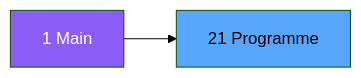
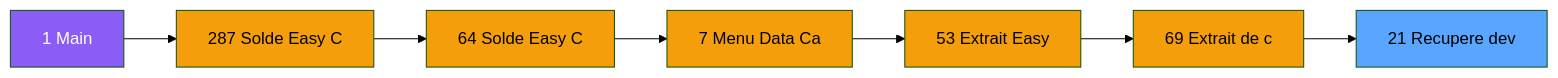
Before and after one commit to thonyAGP/magic-migration: the second of 3 diagrams in .openspec/specs/ADH-IDE-21.md, drawn with Mermaid (forest theme). The commit also changed other lines of this file and 323 other files, not shown here.

````diff
--- a/.openspec/specs/ADH-IDE-21.md
+++ b/.openspec/specs/ADH-IDE-21.md
@@ -98,8 +105,23 @@
 ```mermaid
 graph LR
     M[1 Main]
-    T[21 Programme]
-    M --> T
+    N287[287 Solde Easy C]
+    N64[64 Solde Easy C]
+    N7[7 Menu Data Ca]
+    N53[53 Extrait Easy]
+    N69[69 Extrait de c]
+    T[21 Recupere dev]
+    M --> N287
+    N287 --> N64
+    N64 --> N7
+    N7 --> N53
+    N53 --> N69
+    N69 --> T
     style M fill:#8b5cf6,color:#fff
+    style N287 fill:#f59e0b
+    style N64 fill:#f59e0b
+    style N7 fill:#f59e0b
+    style N53 fill:#f59e0b
+    style N69 fill:#f59e0b
     style T fill:#58a6ff,color:#000
 ```
````
